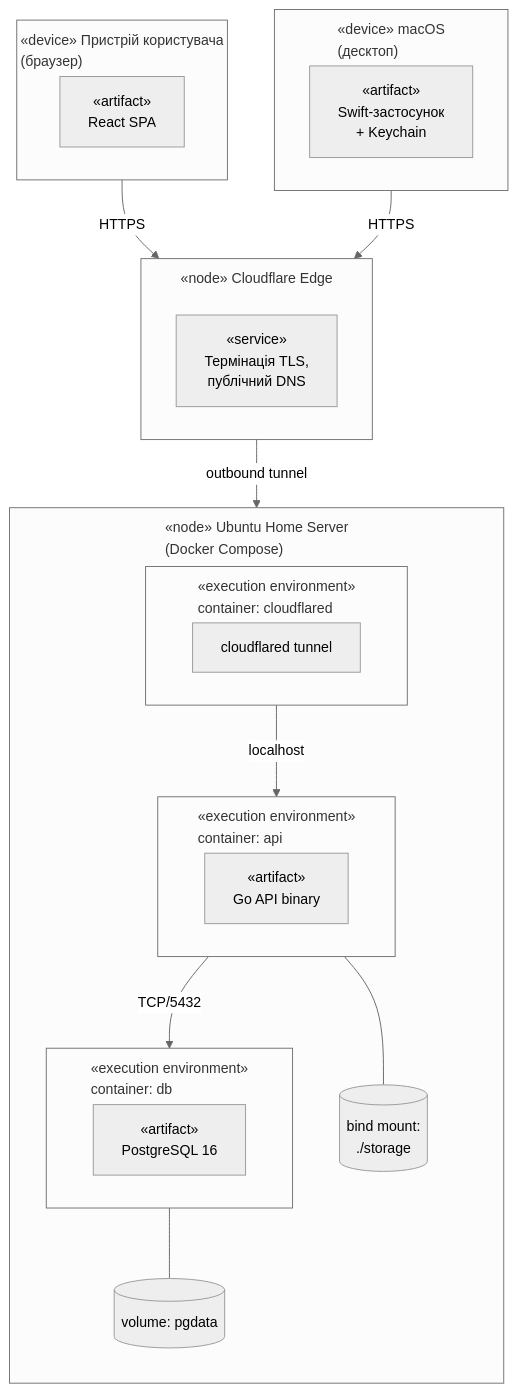
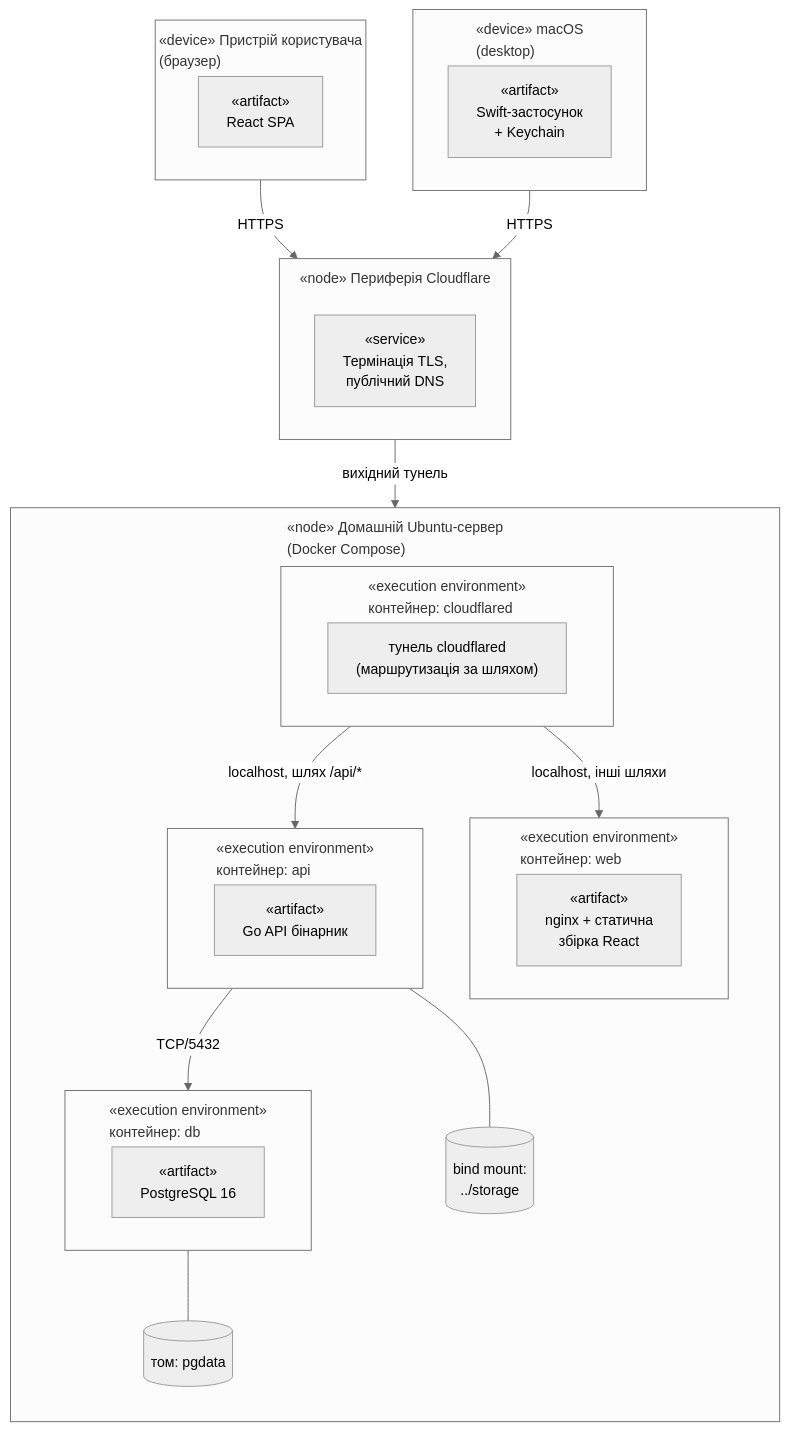
Before and after one commit to Shitcode-Swamp/file-space: the diagram in docs/diagrams-uml/src/ua/10-deployment.mmd, drawn with Mermaid. The commit also changed 55 other files, not shown here.

Commit message:
Diagrams and report

```diff
--- a/docs/diagrams-uml/src/ua/10-deployment.mmd
+++ b/docs/diagrams-uml/src/ua/10-deployment.mmd
@@ -1,36 +1,40 @@
 %%{init: {'theme': 'neutral', 'themeVariables': {'fontSize': '15px'}, 'flowchart': {'subGraphTitleMargin': {'top': 10, 'bottom': 15}}}}%%
 flowchart TB
     subgraph N1["«device» Пристрій користувача<br/>(браузер)"]
         A1["«artifact»<br/>React SPA"]
     end
 
-    subgraph N2["«device» macOS<br/>(десктоп)"]
+    subgraph N2["«device» macOS<br/>(desktop)"]
         A2["«artifact»<br/>Swift-застосунок<br/>+ Keychain"]
     end
 
-    subgraph N3["«node» Cloudflare Edge"]
+    subgraph N3["«node» Периферія Cloudflare"]
         A3["«service»<br/>Термінація TLS,<br/>публічний DNS"]
     end
 
-    subgraph N4["«node» Ubuntu Home Server<br/>(Docker Compose)"]
+    subgraph N4["«node» Домашній Ubuntu-сервер<br/>(Docker Compose)"]
         direction TB
-        subgraph C1["«execution environment»<br/>container: cloudflared"]
-            A4["cloudflared tunnel"]
+        subgraph C1["«execution environment»<br/>контейнер: cloudflared"]
+            A4["тунель cloudflared<br/>(маршрутизація за шляхом)"]
         end
-        subgraph C2["«execution environment»<br/>container: api"]
-            A5["«artifact»<br/>Go API binary"]
+        subgraph C2["«execution environment»<br/>контейнер: api"]
+            A5["«artifact»<br/>Go API бінарник"]
         end
-        subgraph C3["«execution environment»<br/>container: db"]
+        subgraph C4["«execution environment»<br/>контейнер: web"]
+            A7["«artifact»<br/>nginx + статична<br/>збірка React"]
+        end
+        subgraph C3["«execution environment»<br/>контейнер: db"]
             A6["«artifact»<br/>PostgreSQL 16"]
         end
-        V1[("volume: pgdata")]
-        V2[("bind mount:<br/>./storage")]
+        V1[("том: pgdata")]
+        V2[("bind mount:<br/>../storage")]
         C3 --- V1
         C2 --- V2
     end
 
     N1 -- "HTTPS" --> N3
     N2 -- "HTTPS" --> N3
-    N3 -- "outbound tunnel" --> C1
-    C1 -- "localhost" --> C2
+    N3 -- "вихідний тунель" --> C1
+    C1 -- "localhost, шлях /api/*" --> C2
+    C1 -- "localhost, інші шляхи" --> C4
     C2 -- "TCP/5432" --> C3
```
